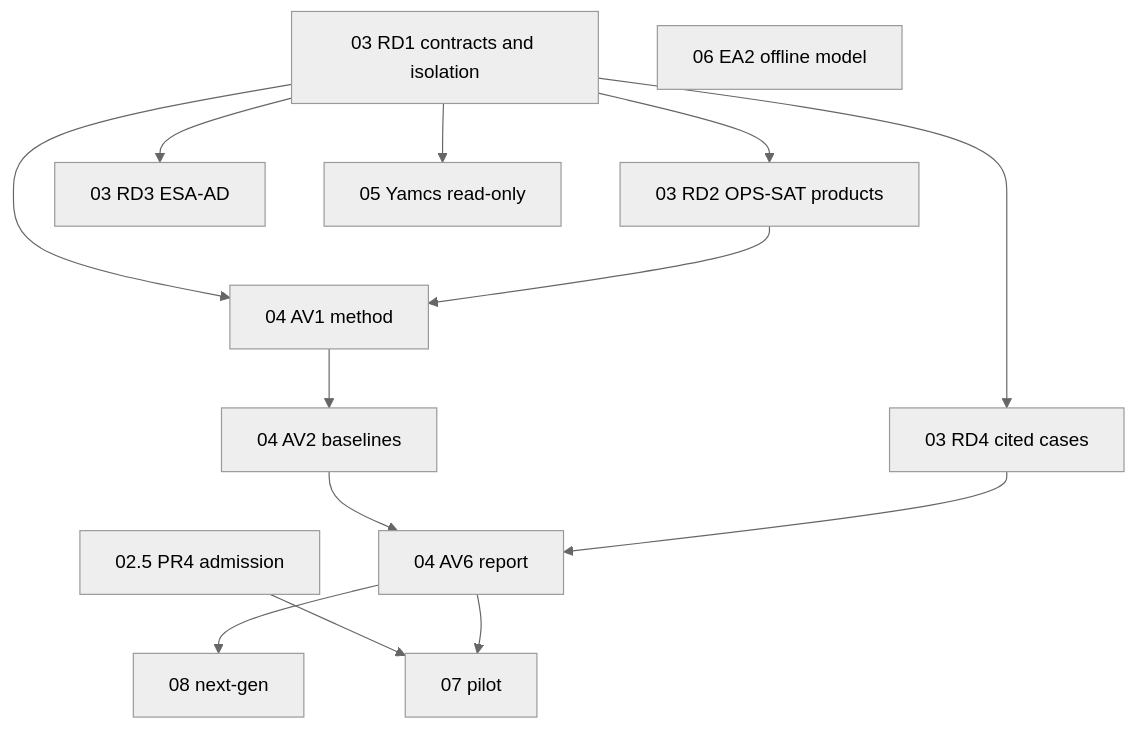
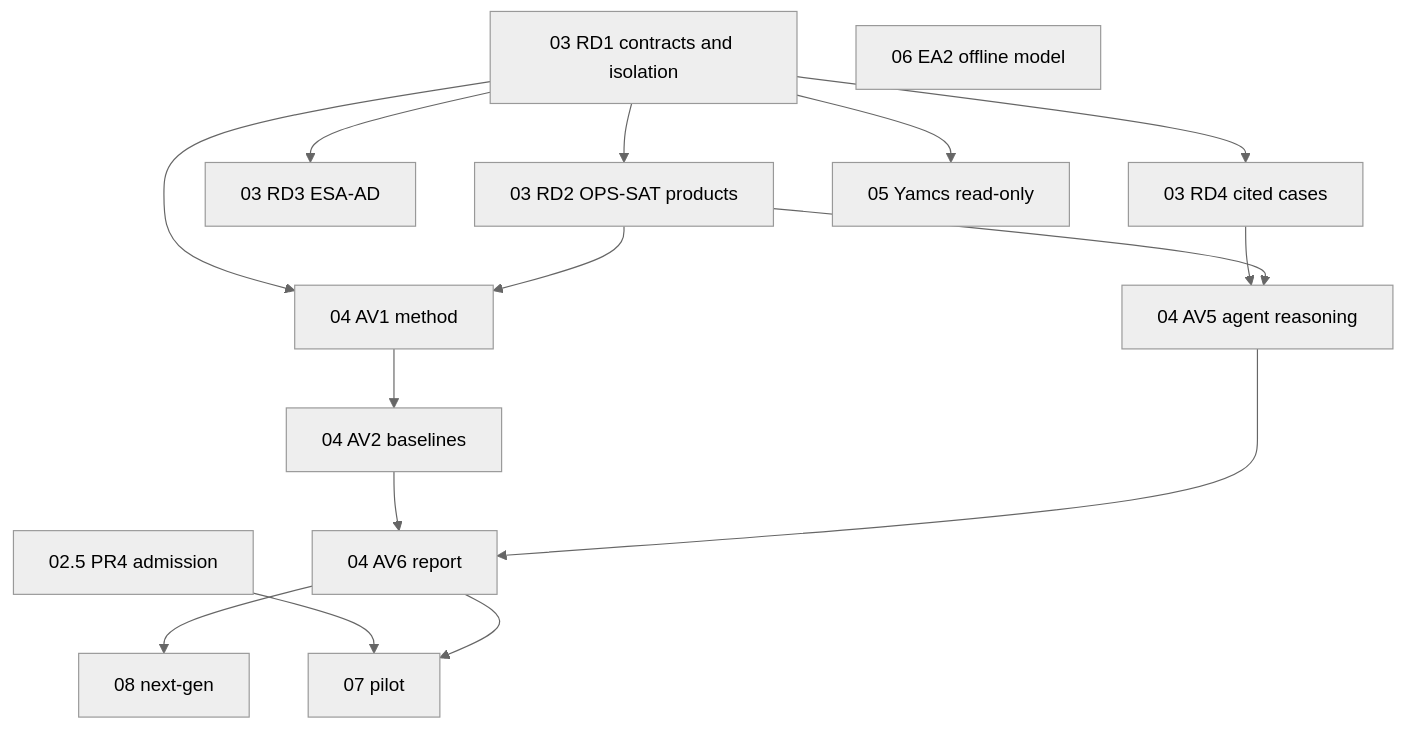
One commit to Adam-Palacz/spaceops-mission-agent changed the diagram in roadmap/MASTER.md. Above: the diagram before and after it, drawn with Mermaid (neutral theme). The commit also changed other lines of this file and 17 other files, not shown here.

````diff
--- a/roadmap/MASTER.md
+++ b/roadmap/MASTER.md
@@ -73,27 +78,30 @@
 ```mermaid
 flowchart TD
   PR4["02.5 PR4 admission"]
   RD1["03 RD1 contracts and isolation"]
   RD2["03 RD2 OPS-SAT products"]
   RD3["03 RD3 ESA-AD"]
   RD4["03 RD4 cited cases"]
   AV1["04 AV1 method"]
   AV2["04 AV2 baselines"]
+  AV5["04 AV5 agent reasoning"]
   AV6["04 AV6 report"]
   MC1["05 Yamcs read-only"]
   EA2["06 EA2 offline model"]
   EV4["07 pilot"]
   NG["08 next-gen"]
   PR4 --> EV4
   RD1 --> RD2
   RD1 --> RD3
   RD1 --> RD4
   RD1 --> AV1
   RD2 --> AV1
   AV1 --> AV2
   AV2 --> AV6
-  RD4 --> AV6
+  RD4 --> AV5
+  RD2 --> AV5
+  AV5 --> AV6
   RD1 --> MC1
   AV6 --> NG
   AV6 --> EV4
 ```
````
